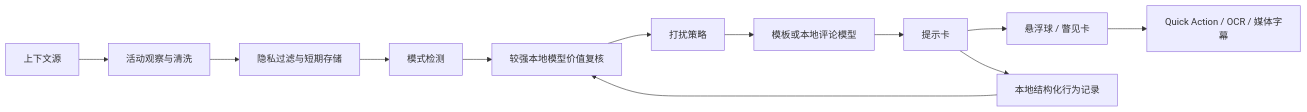
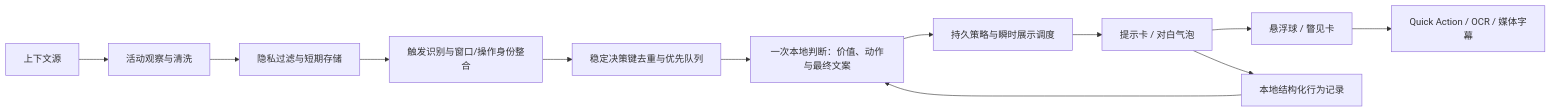
Before and after one commit to qiupo/llmTools: the diagram in docs/floating-context-assistant-implementation-plan.md, drawn with Mermaid. The commit also changed other lines of this file and 19 other files, not shown here.

````diff
--- a/docs/floating-context-assistant-implementation-plan.md
+++ b/docs/floating-context-assistant-implementation-plan.md
@@ -116,14 +116,14 @@
 ```mermaid
 flowchart LR
     Sources["上下文源"] --> Observer["活动观察与清洗"]
     Observer --> Privacy["隐私过滤与短期存储"]
-    Privacy --> Detector["模式检测"]
-    Detector --> Judgment["较强本地模型价值复核"]
-    Judgment --> Policy["打扰策略"]
-    Policy --> Comment["模板或本地评论模型"]
-    Comment --> Cards["提示卡"]
+    Privacy --> Detector["触发识别与窗口/操作身份整合"]
+    Detector --> Queue["稳定决策键去重与优先队列"]
+    Queue --> Judgment["一次本地判断：价值、动作与最终文案"]
+    Judgment --> Policy["持久策略与瞬时展示调度"]
+    Policy --> Cards["提示卡 / 对白气泡"]
     Cards --> Orb["悬浮球 / 瞥见卡"]
     Orb --> Existing["Quick Action / OCR / 媒体字幕"]
     Cards --> Behavior["本地结构化行为记录"]
     Behavior --> Judgment
 ```
````
